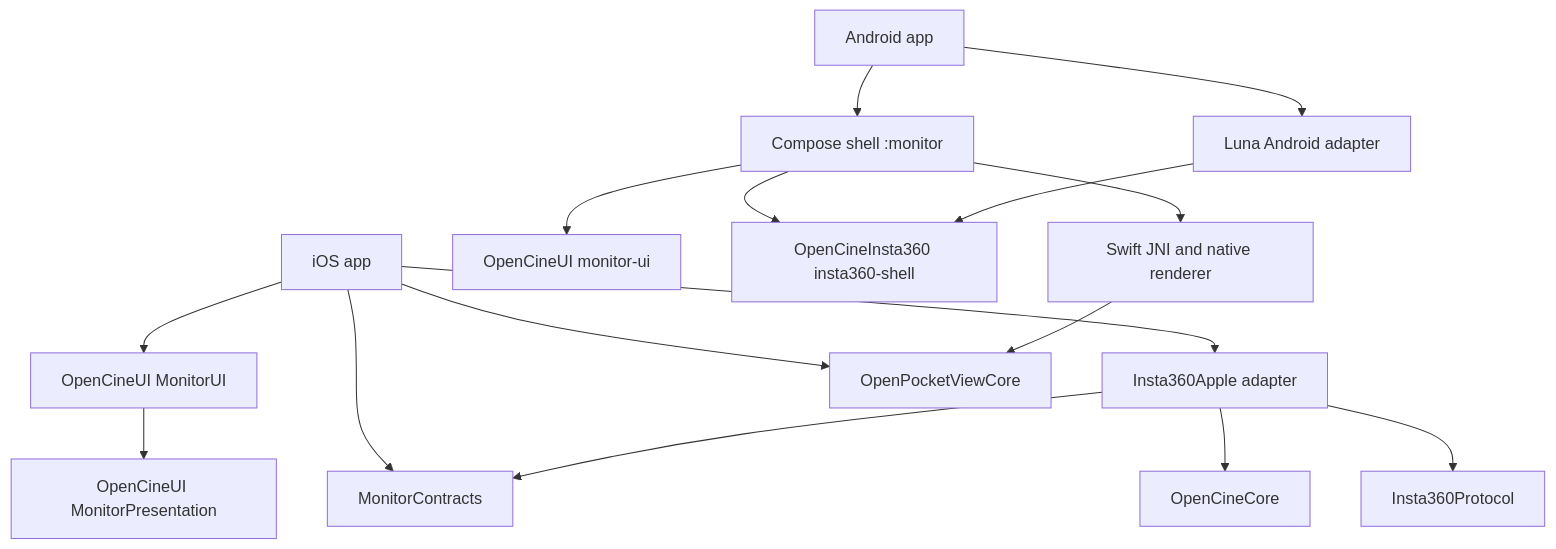
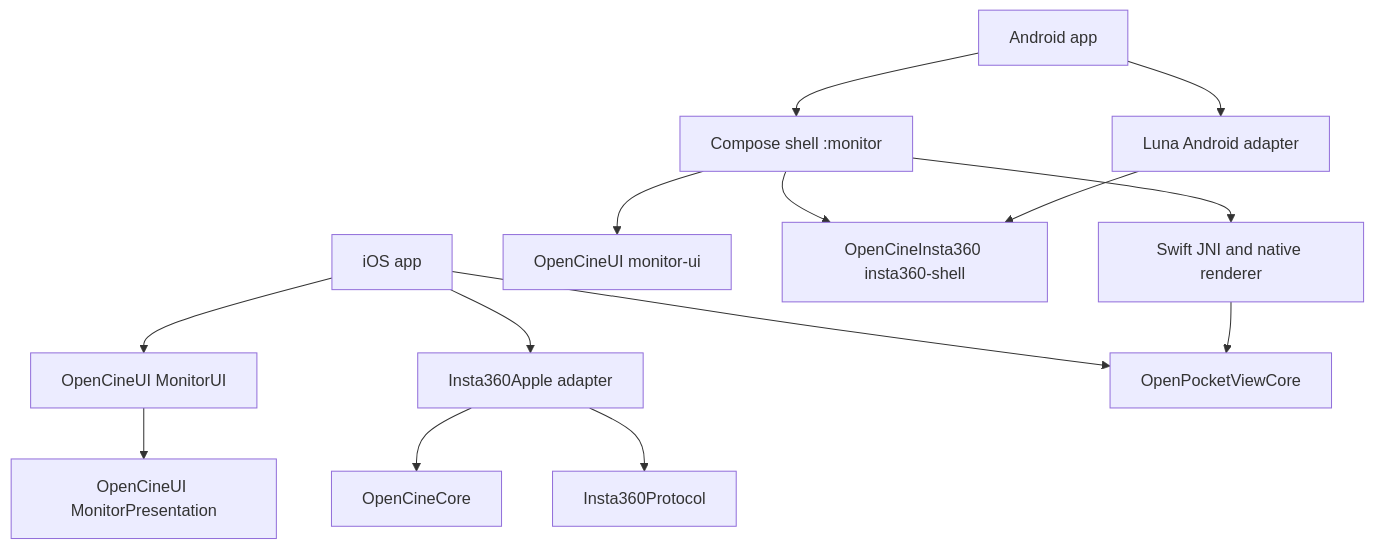
The diagram in docs/implementation/architecture.md (erik-sutton95/OpenInstaCine), drawn with Mermaid before and after one commit. The commit also changed other lines of this file and 184 other files, not shown here.

````diff
--- a/docs/implementation/architecture.md
+++ b/docs/implementation/architecture.md
@@ -55,18 +54,16 @@
 ```mermaid
 flowchart TD
     Apple[iOS app] --> UI[OpenCineUI MonitorUI]
     UI --> Presentation[OpenCineUI MonitorPresentation]
     Apple --> LunaApple[Insta360Apple adapter]
-    Apple --> Contracts[MonitorContracts]
     Apple --> Core[OpenPocketViewCore]
-    LunaApple --> Contracts
     LunaApple --> OCCore[OpenCineCore]
     LunaApple --> Protocol[Insta360Protocol]
     Android[Android app] --> Monitor[Compose shell :monitor]
     Android --> LunaAndroid[Luna Android adapter]
     Monitor --> Compose[OpenCineUI monitor-ui]
     Monitor --> API[OpenCineInsta360 insta360-shell]
     LunaAndroid --> API
     Monitor --> JNI[Swift JNI and native renderer]
     JNI --> Core
 ```
````
